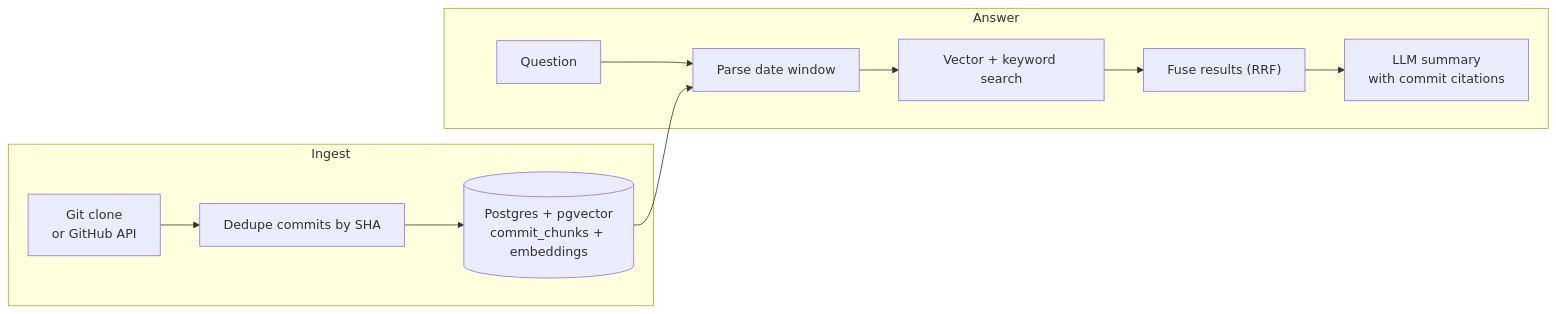
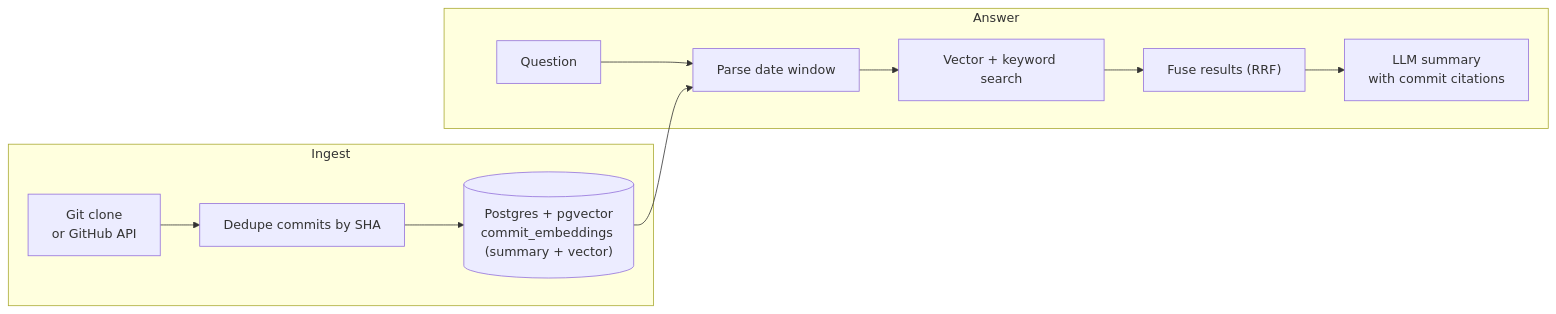
The diagram in README.md (franciscoluna-28/Scrapecat), drawn with Mermaid before and after one commit. The commit also changed other lines of this file and 8 other files, not shown here.

````diff
--- a/README.md
+++ b/README.md
@@ -42,14 +42,14 @@
 ```mermaid
 flowchart LR
     subgraph ingest["Ingest"]
         A["Git clone<br/>or GitHub API"] --> B["Dedupe commits by SHA"]
-        B --> C[("Postgres + pgvector<br/>commit_chunks + embeddings")]
+        B --> C[("Postgres + pgvector<br/>commit_embeddings (summary + vector)")]
     end
     subgraph answer["Answer"]
         Q["Question"] --> D["Parse date window"]
         C --> D
         D --> E["Vector + keyword search"]
         E --> F["Fuse results (RRF)"]
         F --> G["LLM summary<br/>with commit citations"]
     end
 ```
````
